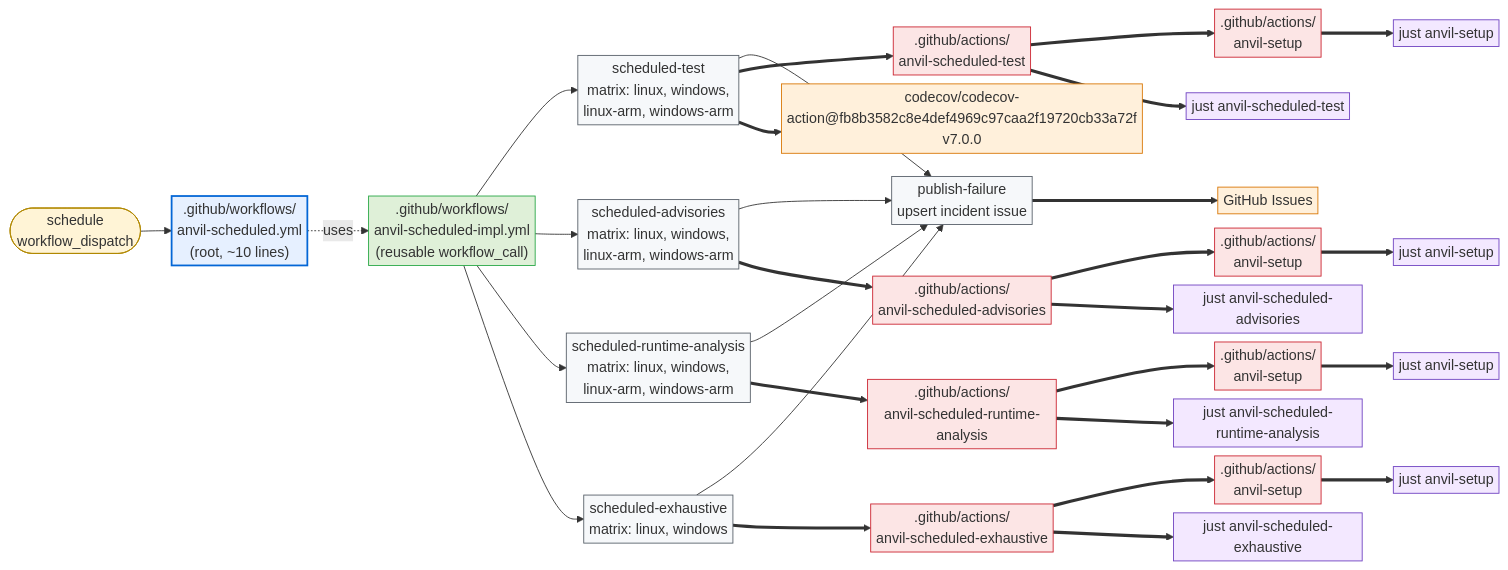
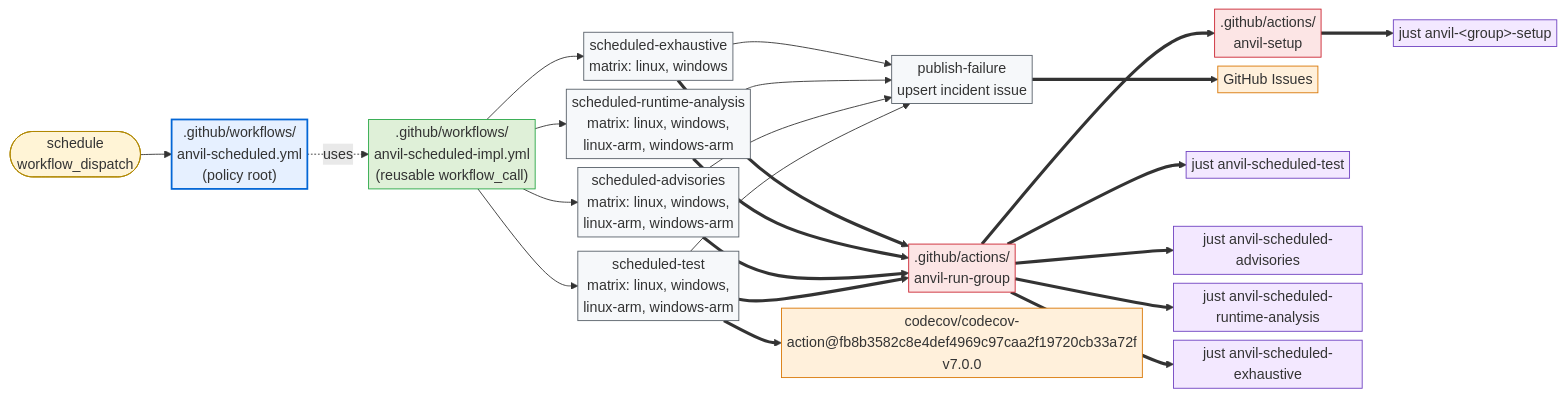
Before and after one commit to microsoft/ox-tools: the second of 2 diagrams in crates/cargo-anvil/docs/design/github.md, drawn with Mermaid. The commit also changed other lines of this file and 40 other files, not shown here.

````diff
--- a/crates/cargo-anvil/docs/design/github.md
+++ b/crates/cargo-anvil/docs/design/github.md
@@ -121,70 +110,54 @@
 ```mermaid
 %%{init: {"flowchart": {"nodeSpacing": 10, "rankSpacing": 35, "padding": 3}, "themeVariables": {"fontSize": "16px"}}}%%
 flowchart LR
     sched_evt([schedule<br/>workflow_dispatch]):::trigger
-    sched_root[".github/workflows/<br/>anvil-scheduled.yml<br/>(root, ~10 lines)"]:::root
+    sched_root[".github/workflows/<br/>anvil-scheduled.yml<br/>(policy root)"]:::root
     sched_impl[".github/workflows/<br/>anvil-scheduled-impl.yml<br/>(reusable workflow_call)"]:::impl
     stest_job["scheduled-test<br/>matrix: linux, windows,<br/>linux-arm, windows-arm"]:::job
     sadv_job["scheduled-advisories<br/>matrix: linux, windows,<br/>linux-arm, windows-arm"]:::job
     srun_job["scheduled-runtime-analysis<br/>matrix: linux, windows,<br/>linux-arm, windows-arm"]:::job
     sexh_job["scheduled-exhaustive<br/>matrix: linux, windows"]:::job
     publish_job["publish-failure<br/>upsert incident issue"]:::job
-    stest_setup[".github/actions/<br/>anvil-setup"]:::action
-    sadv_setup[".github/actions/<br/>anvil-setup"]:::action
-    srun_setup[".github/actions/<br/>anvil-setup"]:::action
-    sexh_setup[".github/actions/<br/>anvil-setup"]:::action
-    stest_act[".github/actions/<br/>anvil-scheduled-test"]:::action
-    sadv_act[".github/actions/<br/>anvil-scheduled-advisories"]:::action
-    srun_act[".github/actions/<br/>anvil-scheduled-runtime-analysis"]:::action
-    sexh_act[".github/actions/<br/>anvil-scheduled-exhaustive"]:::action
+    setup_act[".github/actions/<br/>anvil-setup"]:::action
+    run_group_act[".github/actions/<br/>anvil-run-group"]:::action
     codecov_act["codecov/codecov-action@fb8b3582c8e4def4969c97caa2f19720cb33a72f<br/>v7.0.0"]:::external
     github_issues["GitHub Issues"]:::external
     stest_just["just anvil-scheduled-test"]:::recipe
-    stest_setup_just["just anvil-setup"]:::recipe
     sadv_just["just anvil-scheduled-advisories"]:::recipe
-    sadv_setup_just["just anvil-setup"]:::recipe
     srun_just["just anvil-scheduled-runtime-analysis"]:::recipe
-    srun_setup_just["just anvil-setup"]:::recipe
     sexh_just["just anvil-scheduled-exhaustive"]:::recipe
-    sexh_setup_just["just anvil-setup"]:::recipe
+    setup_just["just anvil-&lt;group&gt;-setup"]:::recipe
 
     sched_evt --> sched_root
     sched_root -. uses .-> sched_impl
     sched_impl --> stest_job
     sched_impl --> sadv_job
     sched_impl --> srun_job
     sched_impl --> sexh_job
     stest_job --> publish_job
     sadv_job --> publish_job
     srun_job --> publish_job
     sexh_job --> publish_job
 
-    stest_job ==> stest_act
+    stest_job ==> run_group_act
     stest_job ==> codecov_act
-    sadv_job ==> sadv_act
-    srun_job ==> srun_act
-    sexh_job ==> sexh_act
+    sadv_job ==> run_group_act
+    srun_job ==> run_group_act
+    sexh_job ==> run_group_act
     publish_job ==> github_issues
 
-    stest_act ==> stest_setup
-    stest_act ==> stest_just
-    sadv_act ==> sadv_setup
-    sadv_act ==> sadv_just
-    srun_act ==> srun_setup
-    srun_act ==> srun_just
-    sexh_act ==> sexh_setup
-    sexh_act ==> sexh_just
-
-    stest_setup ==> stest_setup_just
-    sadv_setup ==> sadv_setup_just
-    srun_setup ==> srun_setup_just
-    sexh_setup ==> sexh_setup_just
+    run_group_act ==> setup_act
+    run_group_act ==> stest_just
+    run_group_act ==> sadv_just
+    run_group_act ==> srun_just
+    run_group_act ==> sexh_just
+    setup_act ==> setup_just
 
     classDef trigger fill:#fff4d6,stroke:#b08800,stroke-width:1px;
     classDef root fill:#e6f0ff,stroke:#0366d6,stroke-width:2px;
     classDef impl fill:#dff0d8,stroke:#28a745,stroke-width:1px;
     classDef job fill:#f6f8fa,stroke:#586069,stroke-width:1px;
     classDef action fill:#fce5e5,stroke:#cb2431,stroke-width:1px;
     classDef external fill:#fff0db,stroke:#d97706,stroke-width:1px;
     classDef recipe fill:#f3e8ff,stroke:#6f42c1,stroke-width:1px;
 ```
````
